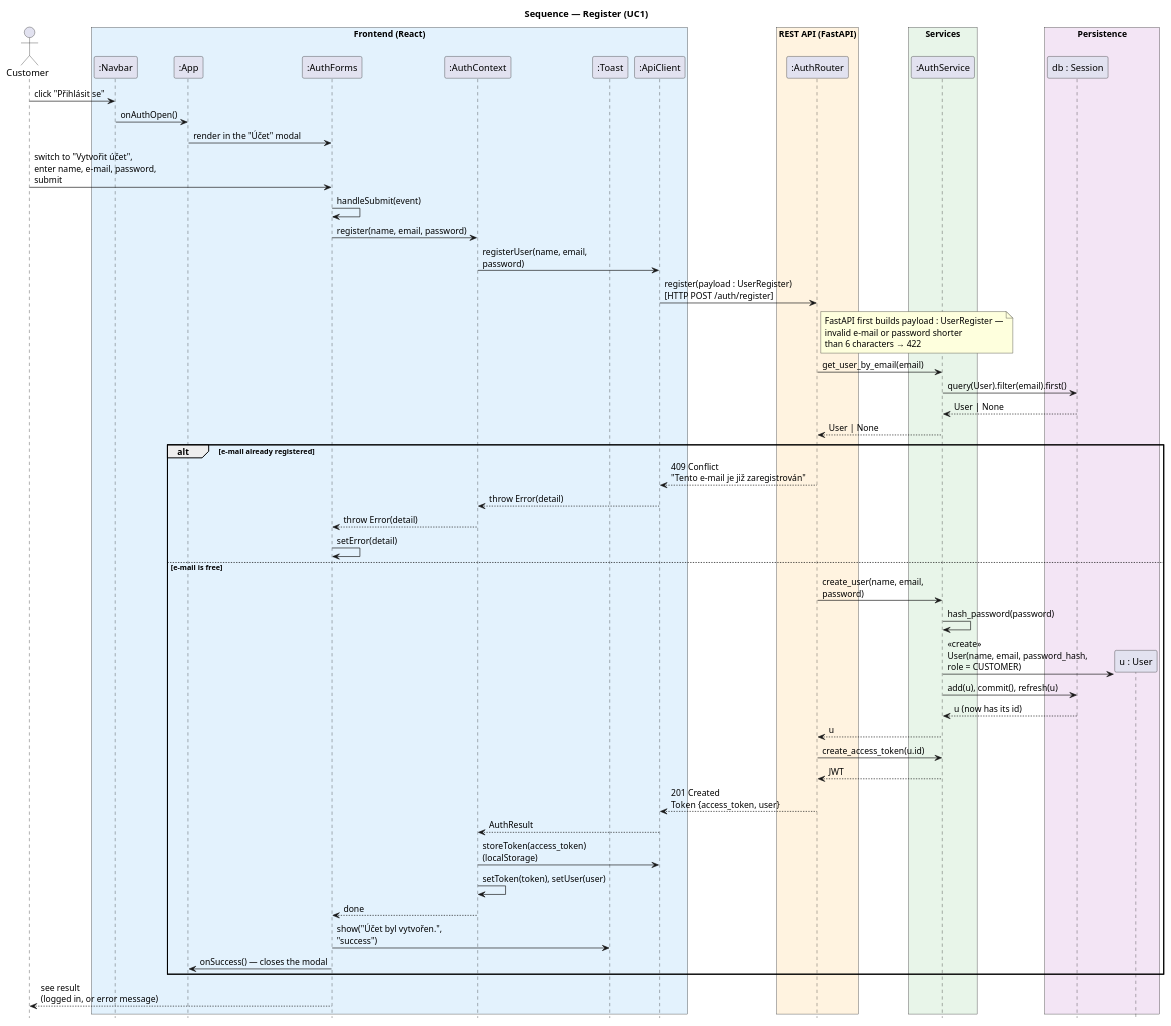
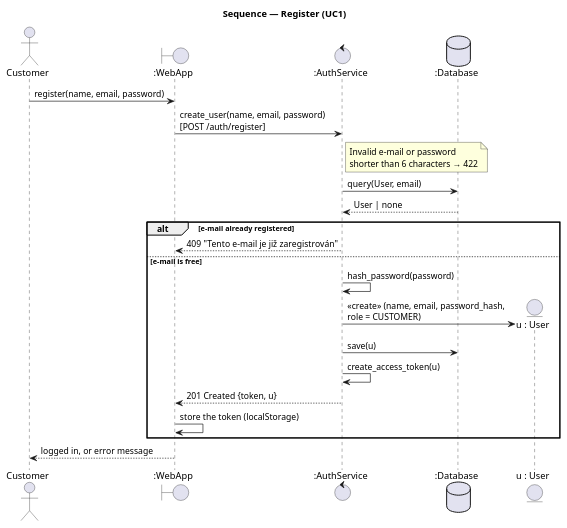
The diagram in docs/diagrams/sequence-register.puml (DavidMagyarics/CarRentalVSB), drawn with PlantUML before and after one commit. The commit also changed 13 other files, not shown here.

Commit message:
docs: simplify the class and sequence diagrams to the main boundary, control and entity classes

```diff
--- a/docs/diagrams/sequence-register.puml
+++ b/docs/diagrams/sequence-register.puml
@@ -1,71 +1,34 @@
 @startuml sequence-register
 skinparam backgroundColor white
 skinparam responseMessageBelowArrow true
-skinparam maxMessageSize 220
-hide footbox
+skinparam maxMessageSize 260
 title Sequence — Register (UC1)
+actor Customer
+boundary ":WebApp" as Web
+control ":AuthService" as Auth
+database ":Database" as DB
+entity "u : User" as U
 
-actor Customer
-box "Frontend (React)" #E3F2FD
-  participant ":Navbar" as Navbar
-  participant ":App" as App
-  participant ":AuthForms" as AuthForms
-  participant ":AuthContext" as AuthContext
-  participant ":Toast" as Toast
-  participant ":ApiClient" as ApiClient
-end box
-box "REST API (FastAPI)" #FFF3E0
-  participant ":AuthRouter" as AuthRouter
-end box
-box "Services" #E8F5E9
-  participant ":AuthService" as AuthService
-end box
-box "Persistence" #F3E5F5
-  participant "db : Session" as DB
-  participant "u : User" as U
-end box
-
-Customer -> Navbar : click "Přihlásit se"
-Navbar -> App : onAuthOpen()
-App -> AuthForms : render in the "Účet" modal
-Customer -> AuthForms : switch to "Vytvořit účet",\nenter name, e-mail, password, submit
-AuthForms -> AuthForms : handleSubmit(event)
-AuthForms -> AuthContext : register(name, email, password)
-AuthContext -> ApiClient : registerUser(name, email, password)
-ApiClient -> AuthRouter : register(payload : UserRegister)\n[HTTP POST /auth/register]
-note right of AuthRouter
-  FastAPI first builds payload : UserRegister —
-  invalid e-mail or password shorter
-  than 6 characters → 422
+Customer -> Web : register(name, email, password)
+Web -> Auth : create_user(name, email, password)\n[POST /auth/register]
+note right of Auth
+  Invalid e-mail or password
+  shorter than 6 characters → 422
 end note
-AuthRouter -> AuthService : get_user_by_email(email)
-AuthService -> DB : query(User).filter(email).first()
-DB --> AuthService : User | None
-AuthService --> AuthRouter : User | None
+Auth -> DB : query(User, email)
+DB --> Auth : User | none
 
 alt e-mail already registered
-  AuthRouter --> ApiClient : 409 Conflict\n"Tento e-mail je již zaregistrován"
-  ApiClient --> AuthContext : throw Error(detail)
-  AuthContext --> AuthForms : throw Error(detail)
-  AuthForms -> AuthForms : setError(detail)
+  Auth --> Web : 409 "Tento e-mail je již zaregistrován"
 else e-mail is free
-  AuthRouter -> AuthService : create_user(name, email, password)
-  AuthService -> AuthService : hash_password(password)
+  Auth -> Auth : hash_password(password)
   create U
-  AuthService -> U : <<create>>\nUser(name, email, password_hash,\nrole = CUSTOMER)
-  AuthService -> DB : add(u), commit(), refresh(u)
-  DB --> AuthService : u (now has its id)
-  AuthService --> AuthRouter : u
-  AuthRouter -> AuthService : create_access_token(u.id)
-  AuthService --> AuthRouter : JWT
-  AuthRouter --> ApiClient : 201 Created\nToken {access_token, user}
-  ApiClient --> AuthContext : AuthResult
-  AuthContext -> ApiClient : storeToken(access_token)\n(localStorage)
-  AuthContext -> AuthContext : setToken(token), setUser(user)
-  AuthContext --> AuthForms : done
-  AuthForms -> Toast : show("Účet byl vytvořen.", "success")
-  AuthForms -> App : onSuccess() — closes the modal
+  Auth -> U : <<create>> (name, email, password_hash,\nrole = CUSTOMER)
+  Auth -> DB : save(u)
+  Auth -> Auth : create_access_token(u)
+  Auth --> Web : 201 Created {token, u}
+  Web -> Web : store the token (localStorage)
 end
 
-AuthForms --> Customer : see result\n(logged in, or error message)
+Web --> Customer : logged in, or error message
 @enduml
```
